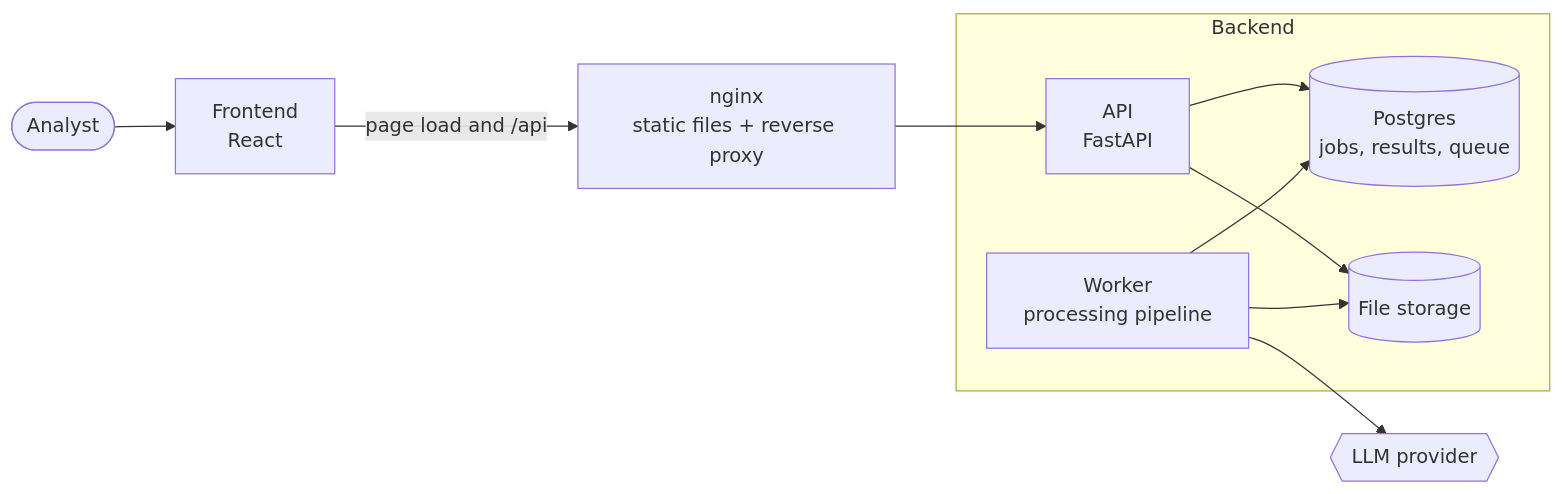
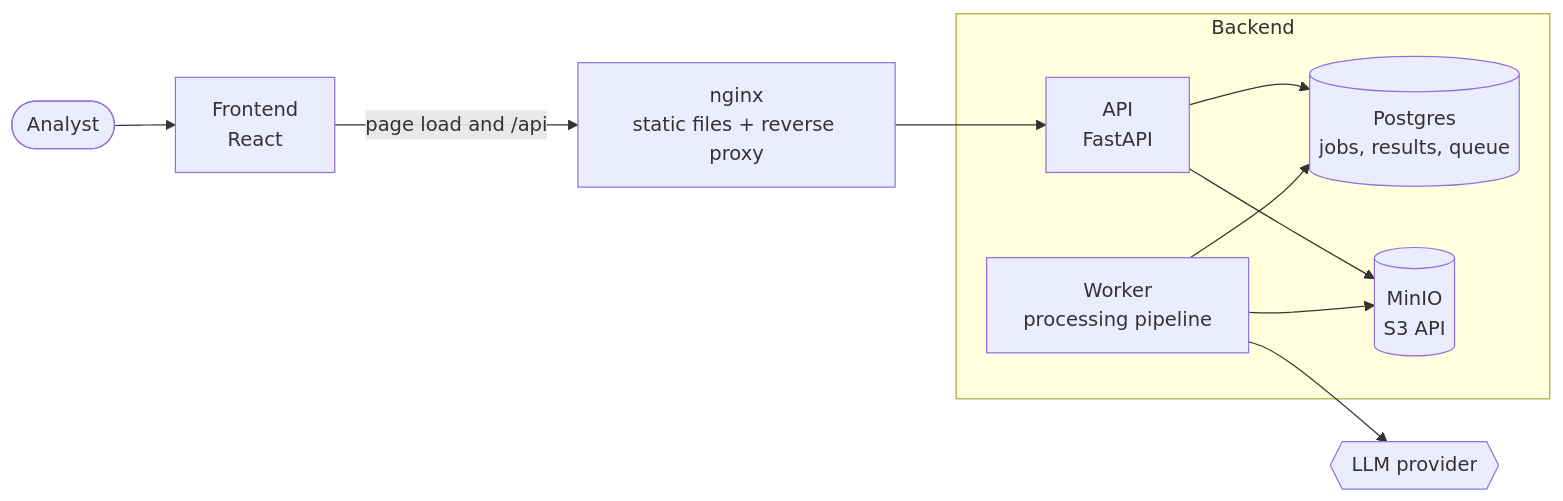
The first of 13 diagrams in context/architecture.md (nc1z/doc-insight), drawn with Mermaid before and after one commit. The commit also changed other lines of this file and 2 other files, not shown here.

Commit message:
docs(context): s3 compatible adapter to simulate file uploads to a storage space

````diff
--- a/context/architecture.md
+++ b/context/architecture.md
@@ -9,15 +9,15 @@
 ```mermaid
 flowchart LR
     Analyst([Analyst]) --> Browser[Frontend<br/>React]
     Browser -- "page load and /api" --> Nginx[nginx<br/>static files + reverse proxy]
     Nginx --> API
 
     subgraph Backend
         API[API<br/>FastAPI] --> DB[(Postgres<br/>jobs, results, queue)]
-        API --> Files[(File storage)]
+        API --> Files[(MinIO<br/>S3 API)]
         Worker[Worker<br/>processing pipeline] --> DB
         Worker --> Files
     end
 
     Worker --> LLM{{LLM provider}}
 ```
````
